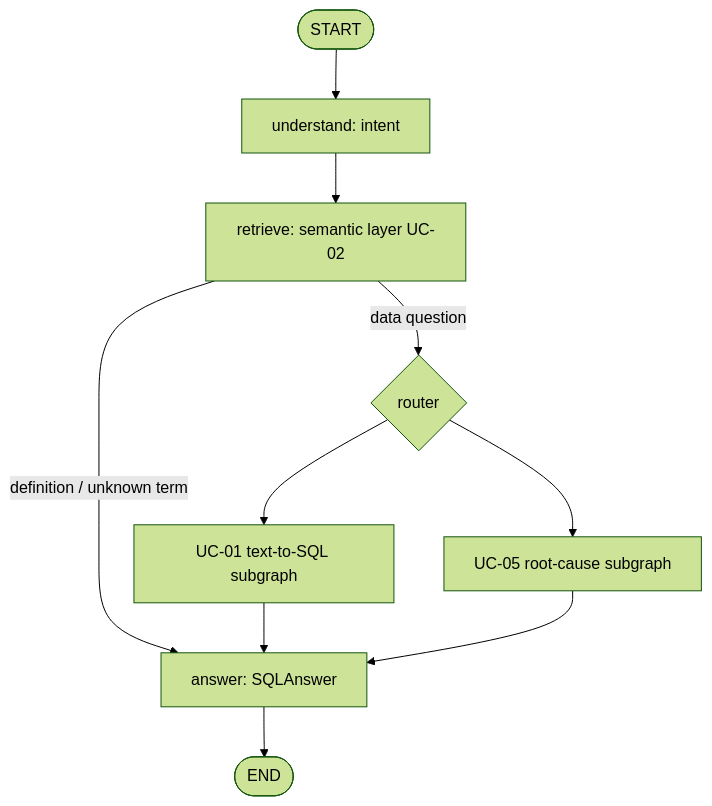
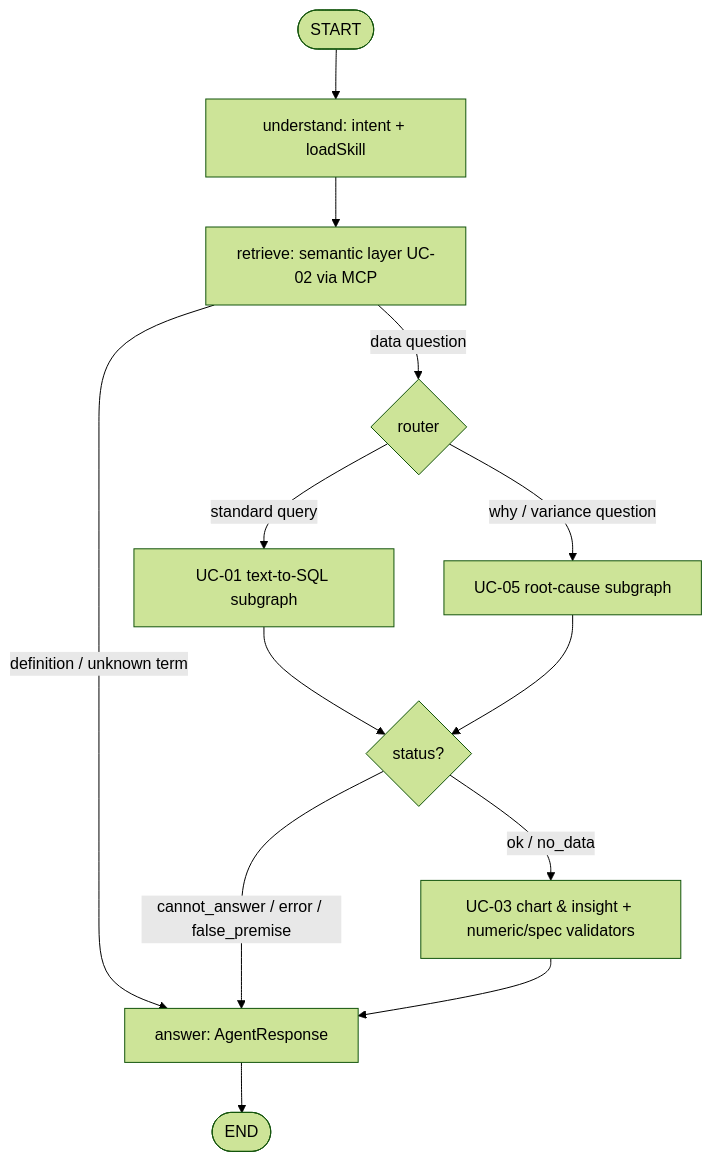
The second of 2 diagrams in docs/architecture.md (NDTruongDanh/SE373-Analytics-Agent), drawn with Mermaid (forest theme) before and after one commit. The commit also changed other lines of this file, not shown here.

First line of the commit message:
docs: align harness architecture with industry agent standards

````diff
--- a/docs/architecture.md
+++ b/docs/architecture.md
@@ -129,12 +180,15 @@
 ```mermaid
 flowchart TD
-  S([START]) --> UN[understand: intent]
-  UN --> RET[retrieve: semantic layer UC-02]
+  S([START]) --> UN[understand: intent + loadSkill]
+  UN --> RET[retrieve: semantic layer UC-02 via MCP]
   RET -->|definition / unknown term| ANS
   RET -->|data question| RT{router}
-  RT --> T2S[UC-01 text-to-SQL subgraph]
-  RT --> RCA[UC-05 root-cause subgraph]
-  T2S --> ANS[answer: SQLAnswer]
-  RCA --> ANS
+  RT -->|standard query| T2S[UC-01 text-to-SQL subgraph]
+  RT -->|why / variance question| RCA[UC-05 root-cause subgraph]
+  T2S --> CHK{status?}
+  RCA --> CHK
+  CHK -->|ok / no_data| VIZ[UC-03 chart & insight + numeric/spec validators]
+  CHK -->|cannot_answer / error / false_premise| ANS[answer: AgentResponse]
+  VIZ --> ANS
   ANS --> E([END])
 ```
````
